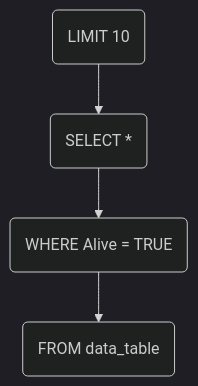
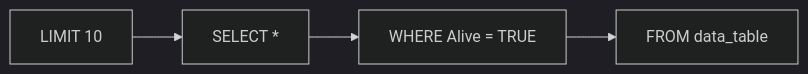
One commit to mabel-dev/opteryx changed the diagram in docs/04 Internals/02 Query Engine/03 Execution.md. Above: the diagram before and after it, drawn with Mermaid (dark theme). The commit also changed other lines of this file, not shown here.

```diff
--- a/docs/04 Internals/02 Query Engine/03 Execution.md
+++ b/docs/04 Internals/02 Query Engine/03 Execution.md
@@ -7,6 +7,6 @@
 ~~~mermaid
-graph TD
-    A(LIMIT 10) --> B(SELECT *)
-    B --> C(WHERE Alive = TRUE)
-    C --> D(FROM data_table)
+graph LR
+    A[LIMIT 10] --> B[SELECT *]
+    B --> C[WHERE Alive = TRUE]
+    C --> D[FROM data_table]
 ~~~
```
